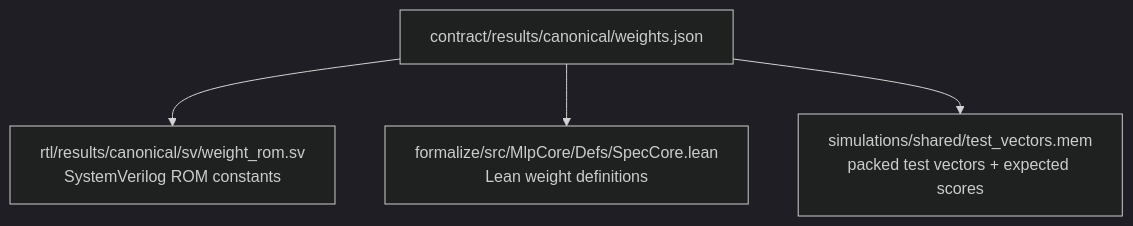
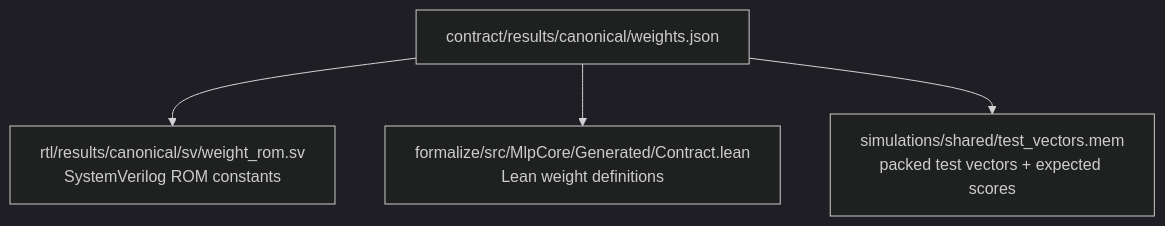
The second of 7 diagrams in docs/from-ann-to-proven-hardware.md (dfdgsdfg/ann-rtl-lean-poc), drawn with Mermaid (dark theme) before and after one commit. The commit also changed other lines of this file and 9 other files, not shown here.

Commit message:
Isolate formalize contract-generated Lean module

````diff
--- a/docs/from-ann-to-proven-hardware.md
+++ b/docs/from-ann-to-proven-hardware.md
@@ -81,6 +81,6 @@
 ```mermaid
 graph TD
     W[contract/results/canonical/weights.json] --> ROM["rtl/results/canonical/sv/weight_rom.sv<br/>SystemVerilog ROM constants"]
-    W --> SPEC["formalize/src/MlpCore/Defs/SpecCore.lean<br/>Lean weight definitions"]
+    W --> SPEC["formalize/src/MlpCore/Generated/Contract.lean<br/>Lean weight definitions"]
     W --> VEC["simulations/shared/test_vectors.mem<br/>packed test vectors + expected scores"]
 ```
````
